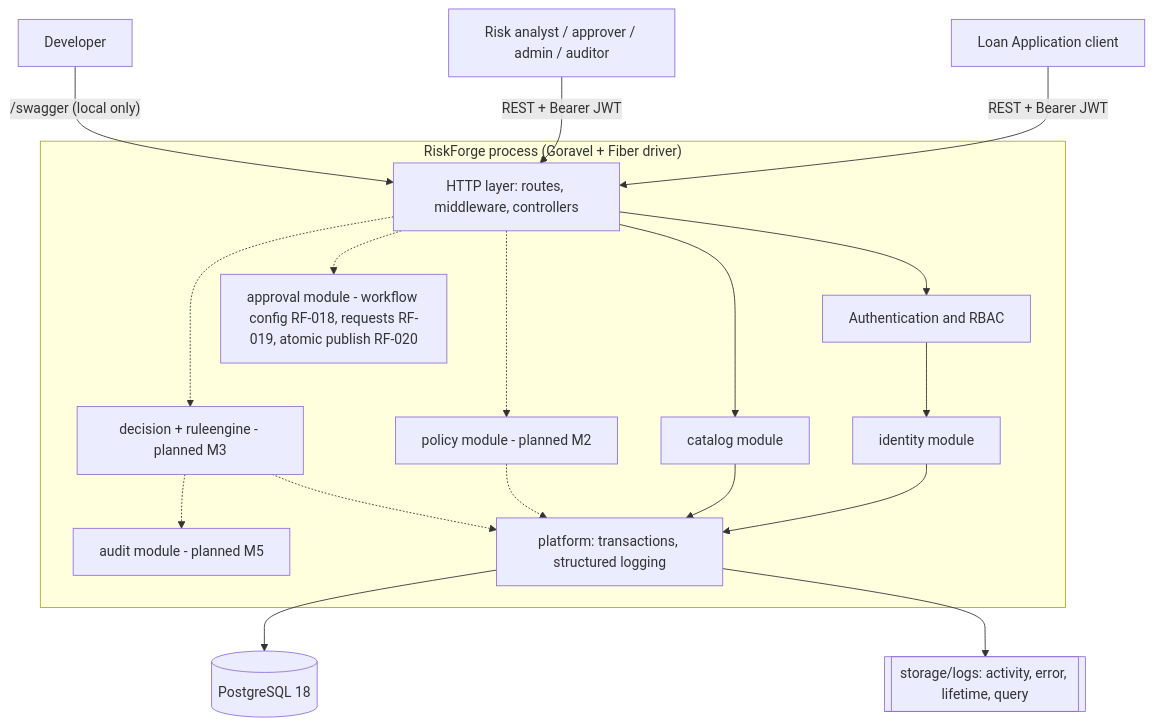
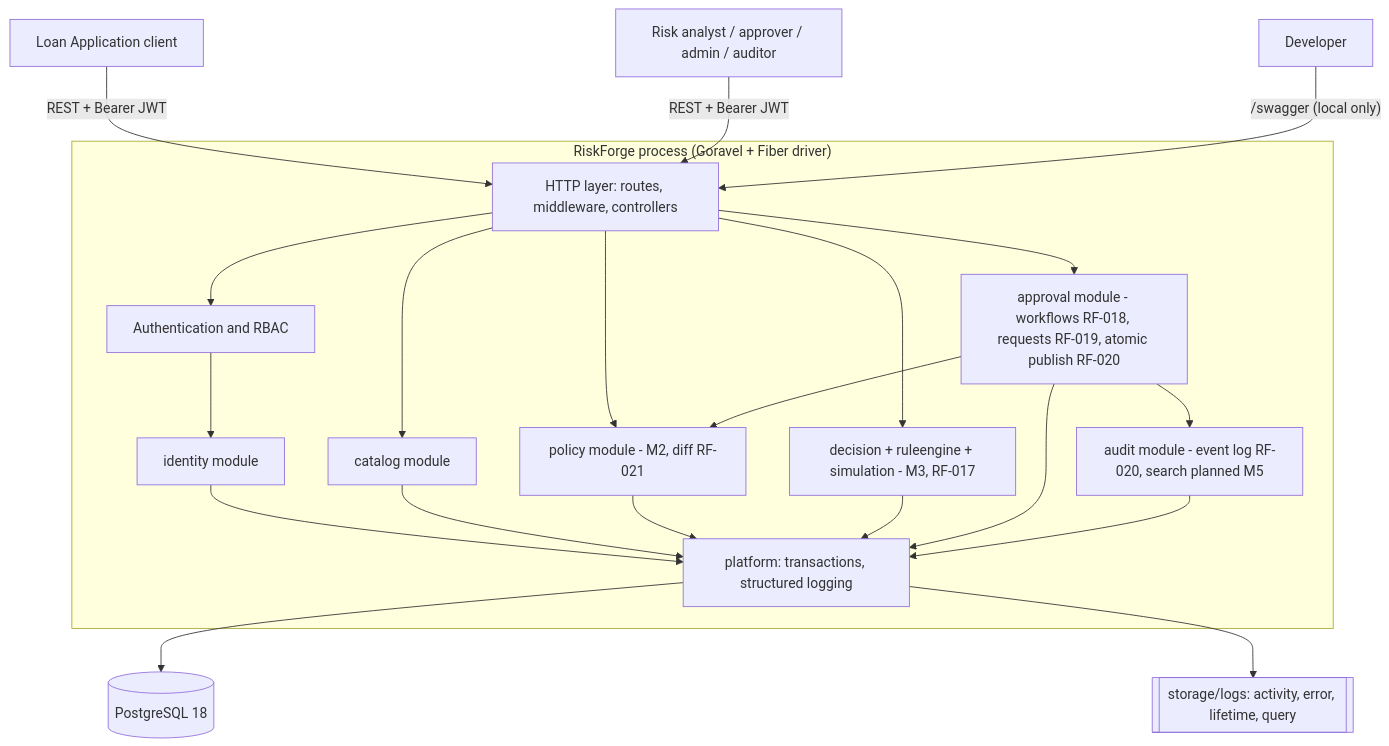
The first of 4 diagrams in docs/ARCHITECTURE.md (lathief/RiskForge), drawn with Mermaid before and after one commit. The commit also changed other lines of this file and 13 other files, not shown here.

````diff
--- a/docs/ARCHITECTURE.md
+++ b/docs/ARCHITECTURE.md
@@ -7,25 +7,28 @@
 ```mermaid
 flowchart TD
     LoanApp[Loan Application client] -->|"REST + Bearer JWT"| API
     Staff[Risk analyst / approver / admin / auditor] -->|"REST + Bearer JWT"| API
     Dev[Developer] -->|"/swagger (local only)"| API
 
     subgraph Process["RiskForge process (Goravel + Fiber driver)"]
         API[HTTP layer: routes, middleware, controllers]
         API --> AUTH[Authentication and RBAC]
         AUTH --> IDENTITY[identity module]
         API --> CATALOG[catalog module]
-        API -.-> POLICY[policy module - planned M2]
-        API -.-> ENGINE[decision + ruleengine - planned M3]
-        API -.-> APPROVAL[approval module - workflow config RF-018, requests RF-019, atomic publish RF-020]
-        ENGINE -.-> AUDIT[audit module - planned M5]
+        API --> POLICY[policy module - M2, diff RF-021]
+        API --> ENGINE[decision + ruleengine + simulation - M3, RF-017]
+        API --> APPROVAL[approval module - workflows RF-018, requests RF-019, atomic publish RF-020]
+        APPROVAL --> POLICY
+        APPROVAL --> AUDIT[audit module - event log RF-020, search planned M5]
         PLATFORM[platform: transactions, structured logging]
     end
 
     IDENTITY --> PLATFORM
     CATALOG --> PLATFORM
-    POLICY -.-> PLATFORM
-    ENGINE -.-> PLATFORM
+    POLICY --> PLATFORM
+    ENGINE --> PLATFORM
+    APPROVAL --> PLATFORM
+    AUDIT --> PLATFORM
     PLATFORM --> DB[(PostgreSQL 18)]
     PLATFORM --> LOGS[[storage/logs: activity, error, lifetime, query]]
 ```
````
